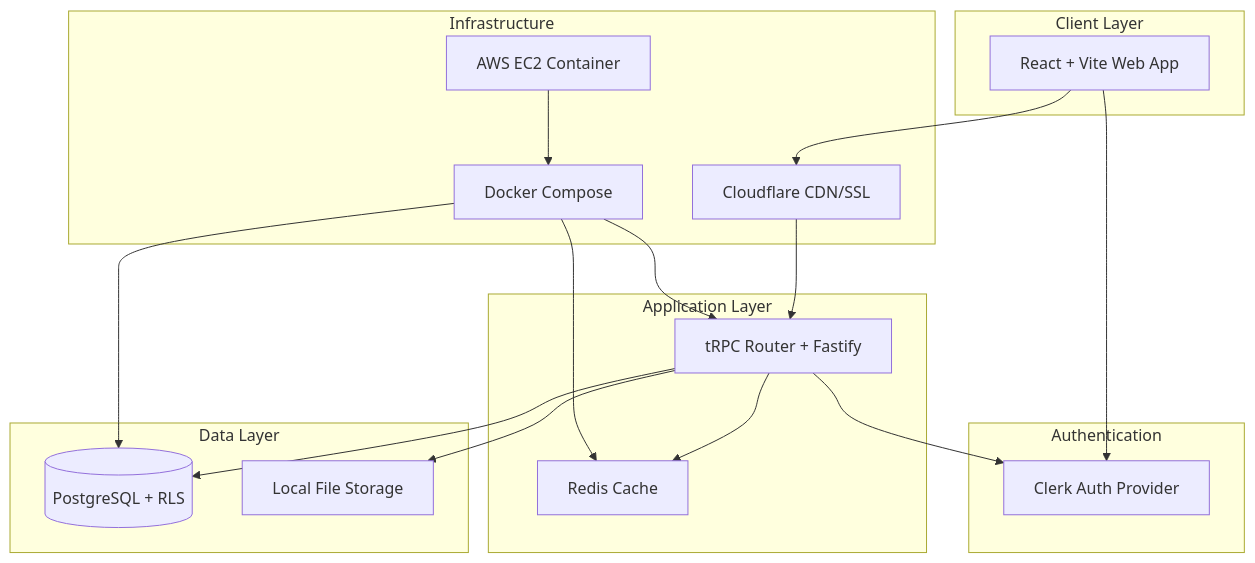
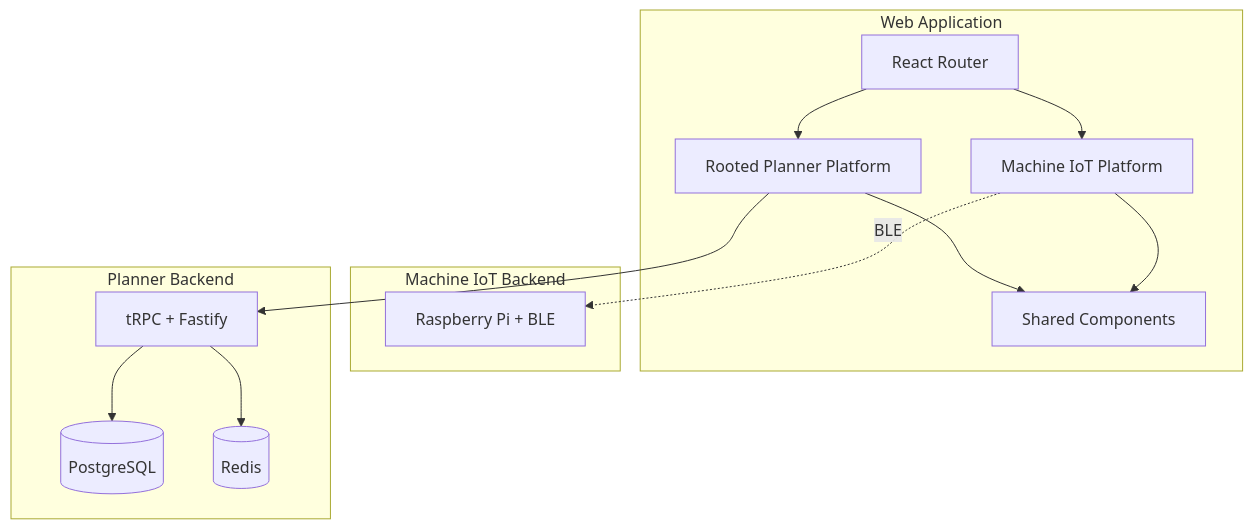
The diagram in README.md (newrootedgit/Rooted-Web-App), drawn with Mermaid before and after one commit. The commit also changed other lines of this file and 86 other files, not shown here.

````diff
--- a/README.md
+++ b/README.md
@@ -7,38 +40,28 @@
 ```mermaid
 graph TB
-    subgraph "Client Layer"
-        WEB[React + Vite Web App]
+    subgraph "Web Application"
+        ROUTER[React Router]
+        MACHINES[Machine IoT Platform]
+        PLANNER[Rooted Planner Platform]
+        SHARED[Shared Components]
     end
     
-    subgraph "Authentication"
-        CLERK[Clerk Auth Provider]
+    subgraph "Machine IoT Backend"
+        PI[Raspberry Pi + BLE]
     end
     
-    subgraph "Application Layer"
-        tRPC[tRPC Router + Fastify]
-        CACHE[Redis Cache]
+    subgraph "Planner Backend"
+        API[tRPC + Fastify]
+        DB[(PostgreSQL)]
+        REDIS[(Redis)]
     end
     
-    subgraph "Data Layer"
-        DB[(PostgreSQL + RLS)]
-        FILES[Local File Storage]
-    end
-    
-    subgraph "Infrastructure"
-        CF[Cloudflare CDN/SSL]
-        EC2[AWS EC2 Container]
-        DOCKER[Docker Compose]
-    end
-    
-    WEB --> CF
-    CF --> tRPC
-    WEB --> CLERK
-    tRPC --> CLERK
-    tRPC --> CACHE
-    tRPC --> DB
-    tRPC --> FILES
-    EC2 --> DOCKER
-    DOCKER --> tRPC
-    DOCKER --> DB
-    DOCKER --> CACHE
+    ROUTER --> MACHINES
+    ROUTER --> PLANNER
+    MACHINES --> SHARED
+    PLANNER --> SHARED
+    MACHINES -.BLE.-> PI
+    PLANNER --> API
+    API --> DB
+    API --> REDIS
 ```
````
